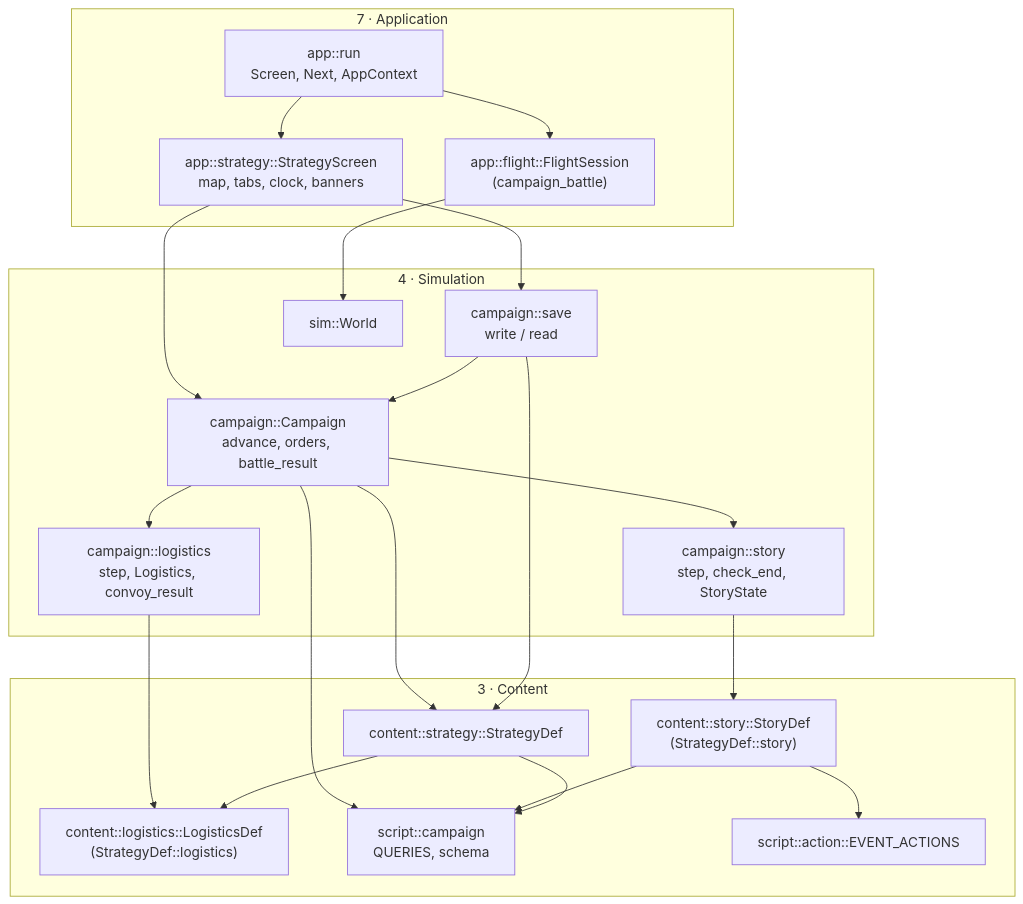
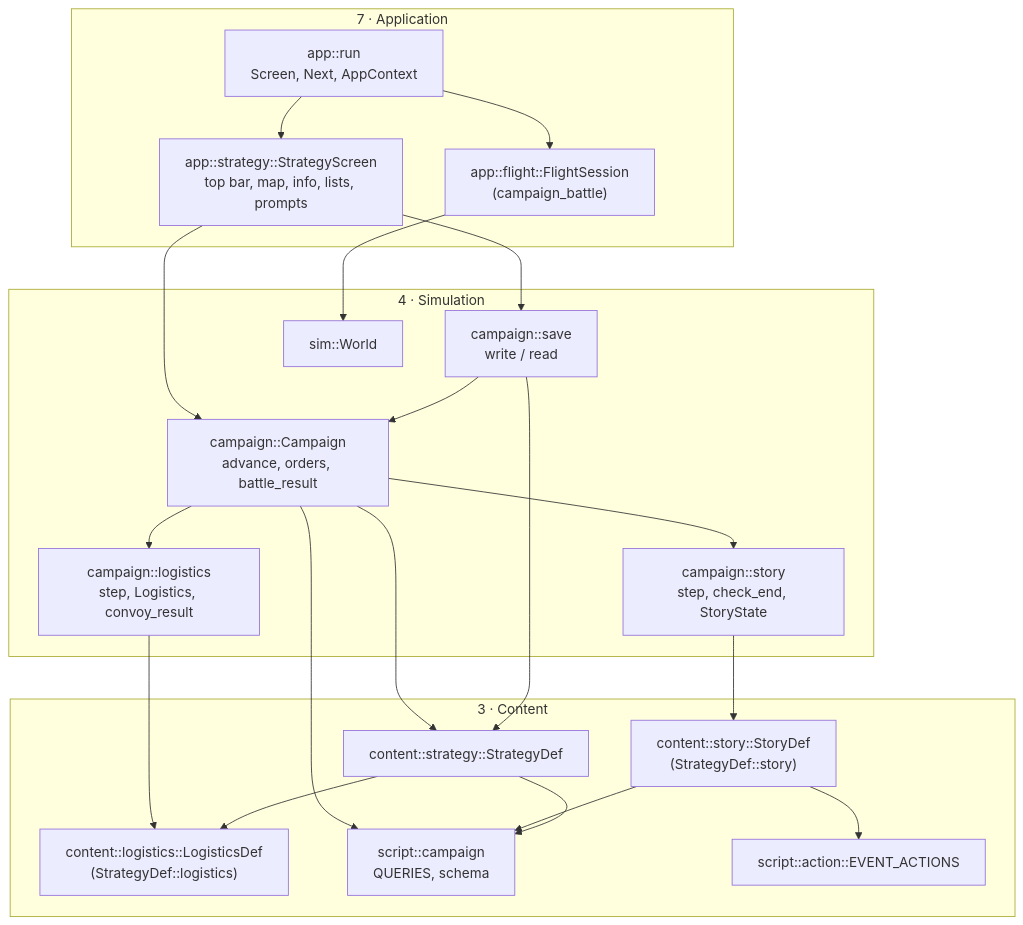
Before and after one commit to bbogovich/OpenInterceptor: the first of 8 diagrams in docs/implementation/architecture/campaign.md, drawn with Mermaid. The commit also changed other lines of this file and 35 other files, not shown here.

First line of the commit message:
Spec 1.17.0, site 0.23.0: durability, ship status, the strategy screen rebuilt (app 0.14.2-0.16.0)

````diff
--- a/docs/implementation/architecture/campaign.md
+++ b/docs/implementation/architecture/campaign.md
@@ -21,31 +21,31 @@
 ```mermaid
 flowchart TB
     subgraph APP["7 · Application"]
-        ST["app::strategy::StrategyScreen<br/>map, tabs, clock, banners"]
+        ST["app::strategy::StrategyScreen<br/>top bar, map, info, lists, prompts"]
         FL["app::flight::FlightSession<br/>(campaign_battle)"]
         AM["app::run<br/>Screen, Next, AppContext"]
     end
     subgraph SIM["4 · Simulation"]
         CA["campaign::Campaign<br/>advance, orders, battle_result"]
         LG["campaign::logistics<br/>step, Logistics, convoy_result"]
         STO["campaign::story<br/>step, check_end, StoryState"]
         SV["campaign::save<br/>write / read"]
         W["sim::World"]
     end
     subgraph CON["3 · Content"]
         SD["content::strategy::StrategyDef"]
         LD["content::logistics::LogisticsDef<br/>(StrategyDef::logistics)"]
         SC["script::campaign<br/>QUERIES, schema"]
         SYD["content::story::StoryDef<br/>(StrategyDef::story)"]
         EA["script::action::EVENT_ACTIONS"]
     end
     ST --> CA & SV
     AM --> ST & FL
     FL --> W
     CA --> SD & SC & LG & STO
     LG --> LD
     STO --> SYD
     SYD --> SC & EA
     SV --> CA & SD
     SD --> SC & LD
 ```
````
